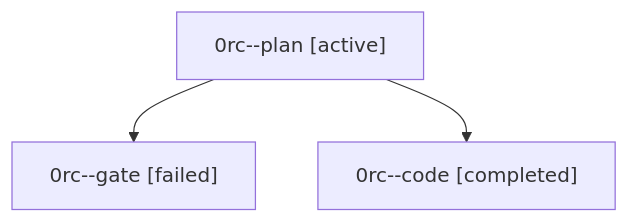
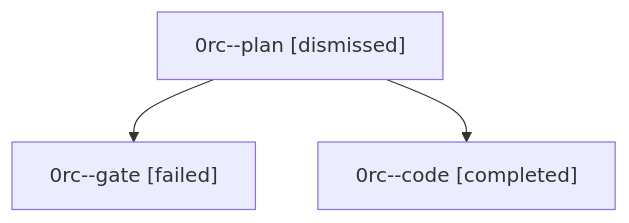
The diagram in sessions/bbugyi200.athena.0rc.md (sase-org/sase--agents), drawn with Mermaid before and after one commit. The commit also changed other lines of this file and 28 other files, not shown here.

````diff
--- a/sessions/bbugyi200.athena.0rc.md
+++ b/sessions/bbugyi200.athena.0rc.md
@@ -9,8 +9,8 @@
 ```mermaid
 flowchart TD
-  n0["0rc--plan [active]"]
+  n0["0rc--plan [dismissed]"]
   n1["0rc--gate [failed]"]
   n0 --> n1
   n2["0rc--code [completed]"]
   n0 --> n2
 ```
````
